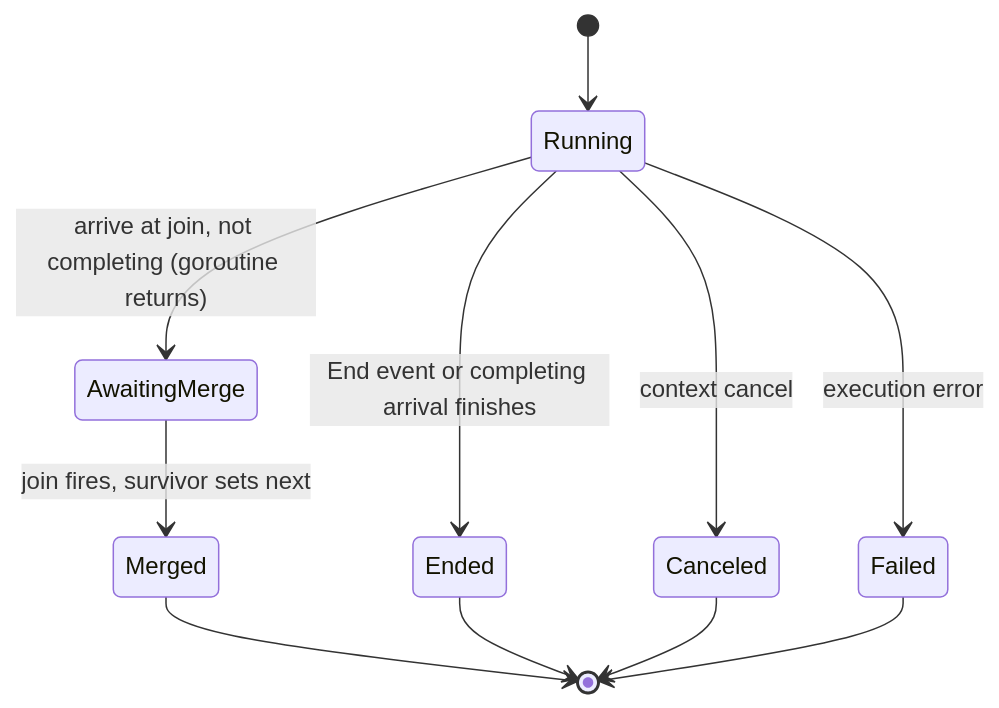
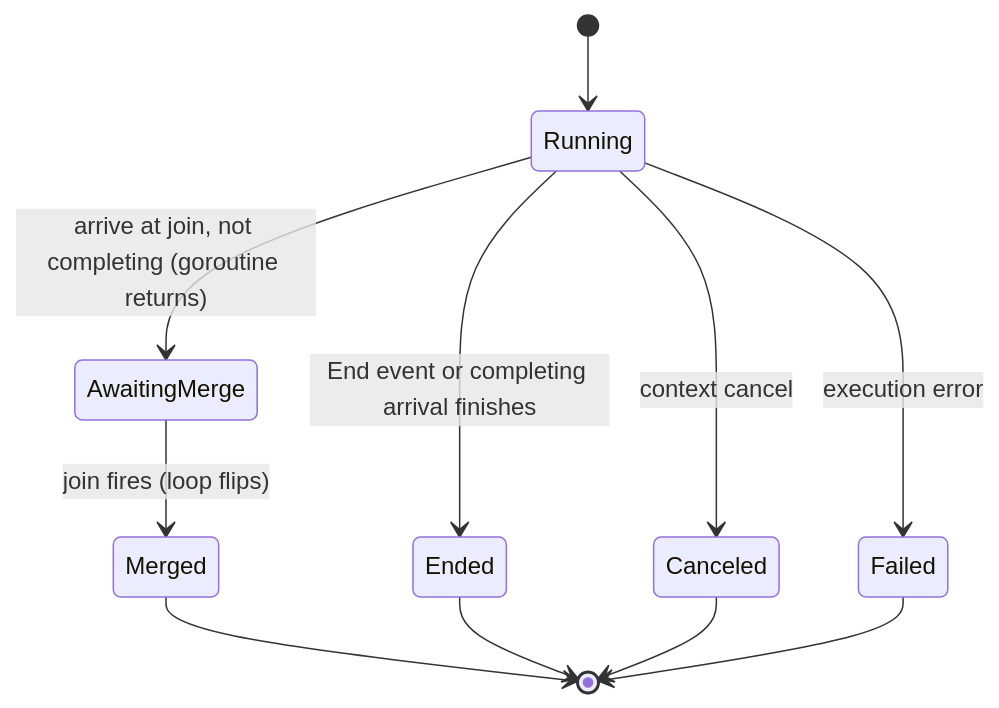
Before and after one commit to dr-dobermann/gobpm: the third of 3 diagrams in docs/design/ADR-005-gateways-and-joins.md, drawn with Mermaid. The commit also changed other lines of this file and 11 other files, not shown here.

````diff
--- a/docs/design/ADR-005-gateways-and-joins.md
+++ b/docs/design/ADR-005-gateways-and-joins.md
@@ -227,13 +235,13 @@
 ```mermaid
 stateDiagram-v2
     [*] --> Running
     Running --> AwaitingMerge: arrive at join, not completing (goroutine returns)
     Running --> Ended: End event or completing arrival finishes
     Running --> Canceled: context cancel
     Running --> Failed: execution error
-    AwaitingMerge --> Merged: join fires, survivor sets next
+    AwaitingMerge --> Merged: join fires (loop flips)
     Merged --> [*]
     Ended --> [*]
     Canceled --> [*]
     Failed --> [*]
 ```
````
